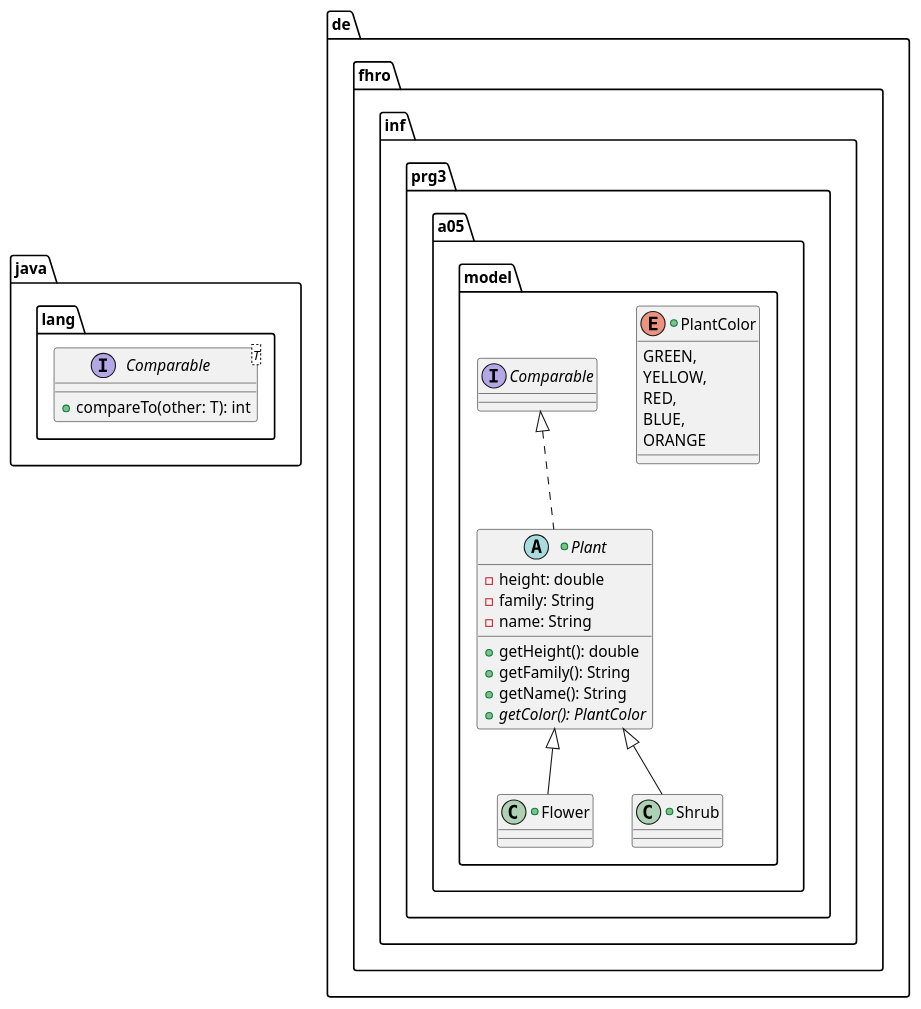
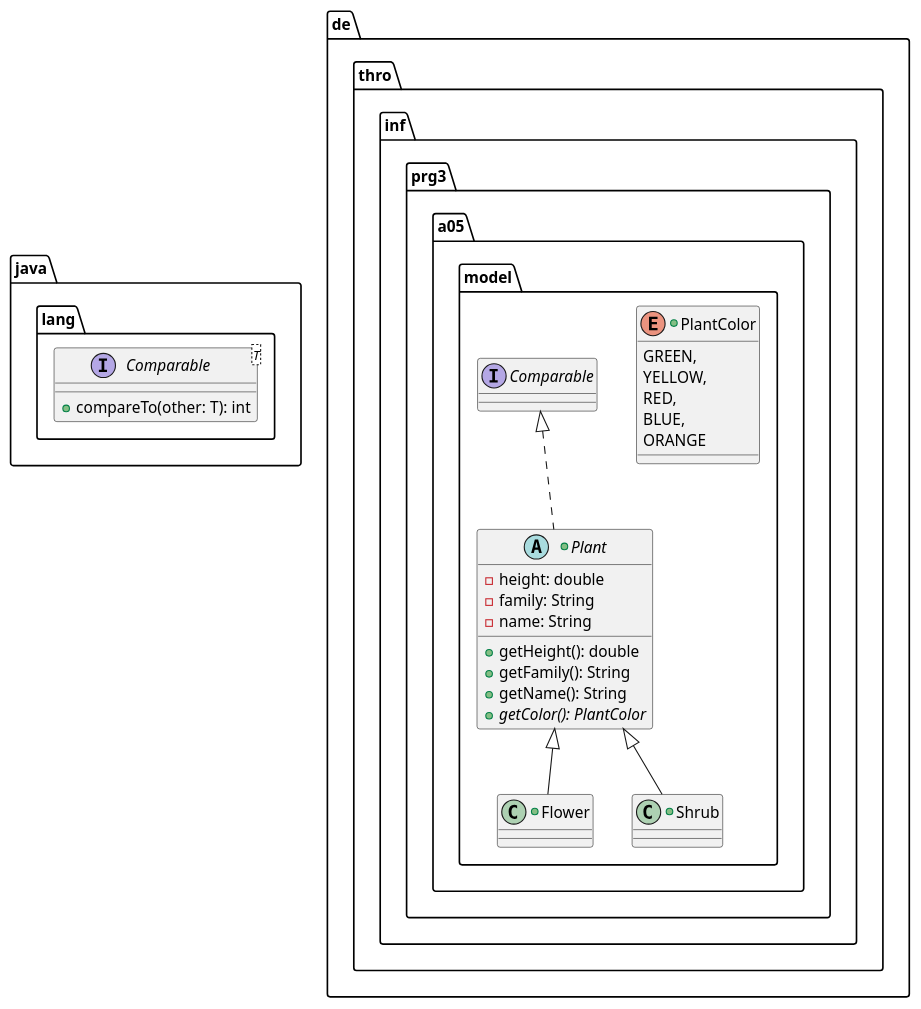
The diagram in assets/class-spec-1.plantuml (studlinnth6233/05-generic-bounds), drawn with PlantUML before and after one commit. The commit also changed 17 other files, not shown here.

```diff
--- a/assets/class-spec-1.plantuml
+++ b/assets/class-spec-1.plantuml
@@ -1,35 +1,35 @@
 @startuml
 package java.lang {
     
     interface Comparable<T> {
         +compareTo(other: T): int
     }
 }
 
-package de.fhro.inf.prg3.a05.model {
+package de.thro.inf.prg3.a05.model {
         +enum PlantColor {
             GREEN,
             YELLOW,
             RED,
             BLUE,
             ORANGE
         }
 
         +abstract class Plant implements Comparable {
             -height: double
             -family: String
             -name: String
 
             +getHeight(): double
             +getFamily(): String
             +getName(): String
             +{abstract} getColor(): PlantColor
         }
 
         +class Flower extends Plant {
         }
 
         +class Shrub extends Plant{
         }
     }
 @enduml
```
